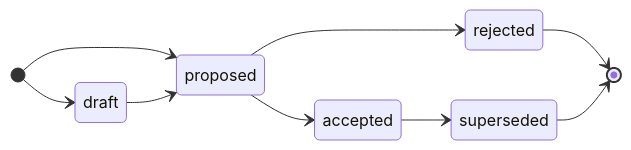
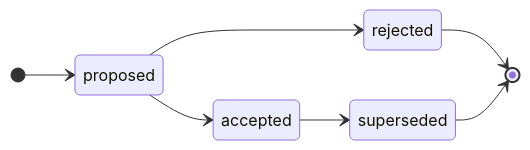
One commit to kieranpotts/rfc changed the diagram in CONTRIBUTING.md. Above: the diagram before and after it, drawn with Mermaid. The commit also changed other lines of this file and 13 other files, not shown here.

````diff
--- a/CONTRIBUTING.md
+++ b/CONTRIBUTING.md
@@ -85,12 +83,10 @@
 ```mermaid
 stateDiagram-v2
   direction LR
-  [*] --> draft
   [*] --> proposed
-  draft --> proposed
   proposed --> accepted
   proposed --> rejected
   accepted --> superseded
   rejected --> [*]
   superseded --> [*]
 ```
````
